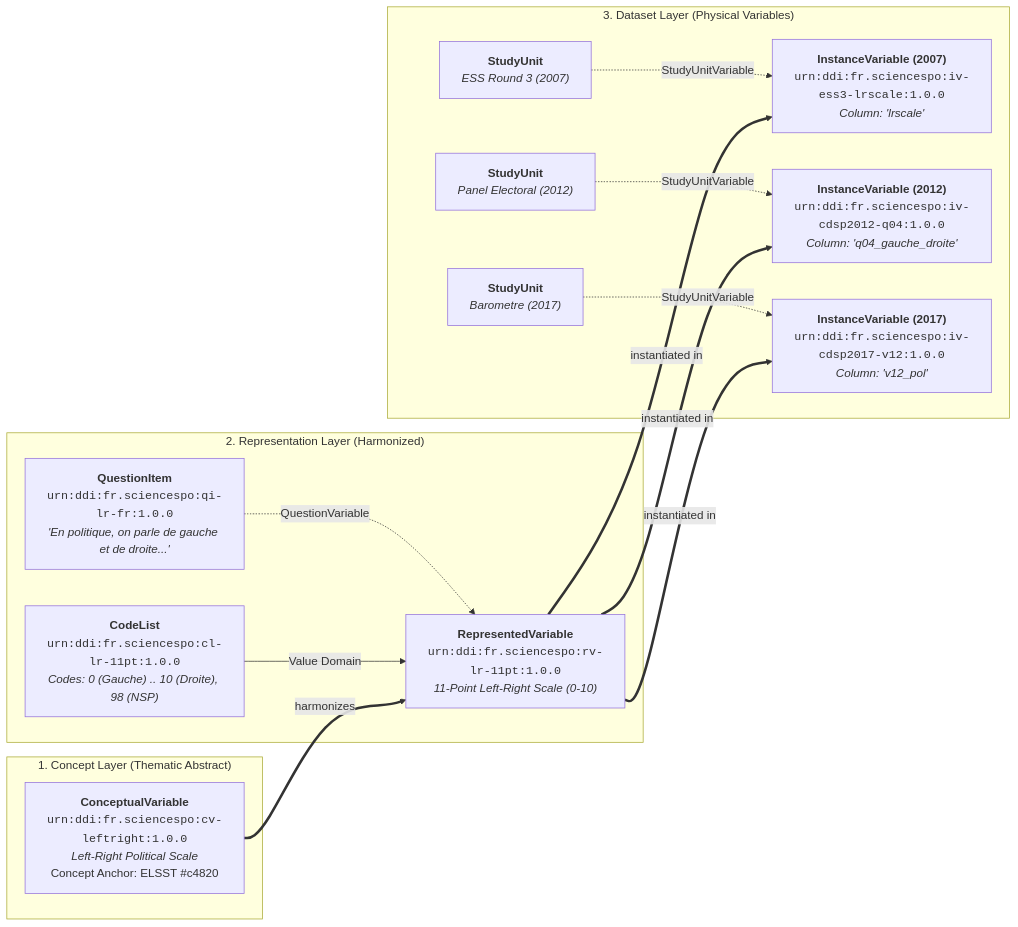
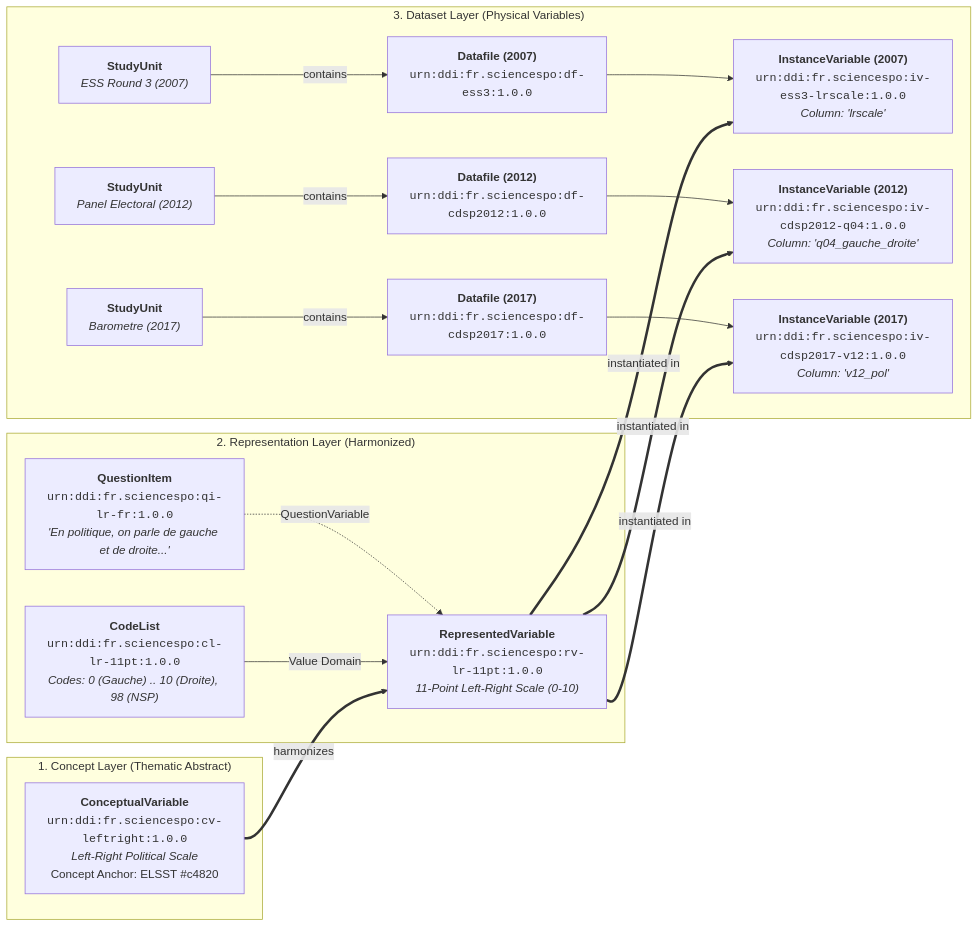
One commit to PlgaH/fairwddi-wp3-3 changed the third of 3 diagrams in deliverables/research/database_diagram.md. Above: the diagram before and after it, drawn with Mermaid. The commit also changed other lines of this file and 16 other files, not shown here.

````diff
--- a/deliverables/research/database_diagram.md
+++ b/deliverables/research/database_diagram.md
@@ -490,30 +549,30 @@
 ```mermaid
 graph LR
     subgraph Concept_Level ["1. Concept Layer (Thematic Abstract)"]
         CV["<b>ConceptualVariable</b><br/><code>urn:ddi:fr.sciencespo:cv-leftright:1.0.0</code><br/><i>Left-Right Political Scale</i><br/>Concept Anchor: ELSST #c4820"]
     end
 
     subgraph Rep_Level ["2. Representation Layer (Harmonized)"]
         RV["<b>RepresentedVariable</b><br/><code>urn:ddi:fr.sciencespo:rv-lr-11pt:1.0.0</code><br/><i>11-Point Left-Right Scale (0-10)</i>"]
         QI["<b>QuestionItem</b><br/><code>urn:ddi:fr.sciencespo:qi-lr-fr:1.0.0</code><br/><i>'En politique, on parle de gauche et de droite...'</i>"]
         CL["<b>CodeList</b><br/><code>urn:ddi:fr.sciencespo:cl-lr-11pt:1.0.0</code><br/><i>Codes: 0 (Gauche) .. 10 (Droite), 98 (NSP)</i>"]
 
         QI -.->|QuestionVariable| RV
         CL -->|Value Domain| RV
     end
 
     subgraph Data_Level ["3. Dataset Layer (Physical Variables)"]
-        IV1["<b>InstanceVariable (2007)</b><br/><code>urn:ddi:fr.sciencespo:iv-ess3-lrscale:1.0.0</code><br/><i>Column: 'lrscale'</i>"]
-        IV2["<b>InstanceVariable (2012)</b><br/><code>urn:ddi:fr.sciencespo:iv-cdsp2012-q04:1.0.0</code><br/><i>Column: 'q04_gauche_droite'</i>"]
-        IV3["<b>InstanceVariable (2017)</b><br/><code>urn:ddi:fr.sciencespo:iv-cdsp2017-v12:1.0.0</code><br/><i>Column: 'v12_pol'</i>"]
+        DF1["<b>Datafile (2007)</b><br/><code>urn:ddi:fr.sciencespo:df-ess3:1.0.0</code>"] --> IV1["<b>InstanceVariable (2007)</b><br/><code>urn:ddi:fr.sciencespo:iv-ess3-lrscale:1.0.0</code><br/><i>Column: 'lrscale'</i>"]
+        DF2["<b>Datafile (2012)</b><br/><code>urn:ddi:fr.sciencespo:df-cdsp2012:1.0.0</code>"] --> IV2["<b>InstanceVariable (2012)</b><br/><code>urn:ddi:fr.sciencespo:iv-cdsp2012-q04:1.0.0</code><br/><i>Column: 'q04_gauche_droite'</i>"]
+        DF3["<b>Datafile (2017)</b><br/><code>urn:ddi:fr.sciencespo:df-cdsp2017:1.0.0</code>"] --> IV3["<b>InstanceVariable (2017)</b><br/><code>urn:ddi:fr.sciencespo:iv-cdsp2017-v12:1.0.0</code><br/><i>Column: 'v12_pol'</i>"]
 
-        SU1["<b>StudyUnit</b><br/><i>ESS Round 3 (2007)</i>"] -.->|StudyUnitVariable| IV1
-        SU2["<b>StudyUnit</b><br/><i>Panel Electoral (2012)</i>"] -.->|StudyUnitVariable| IV2
-        SU3["<b>StudyUnit</b><br/><i>Barometre (2017)</i>"] -.->|StudyUnitVariable| IV3
+        SU1["<b>StudyUnit</b><br/><i>ESS Round 3 (2007)</i>"] -->|contains| DF1
+        SU2["<b>StudyUnit</b><br/><i>Panel Electoral (2012)</i>"] -->|contains| DF2
+        SU3["<b>StudyUnit</b><br/><i>Barometre (2017)</i>"] -->|contains| DF3
     end
 
     CV ==>|harmonizes| RV
     RV ==>|instantiated in| IV1
     RV ==>|instantiated in| IV2
     RV ==>|instantiated in| IV3
 ```
````
